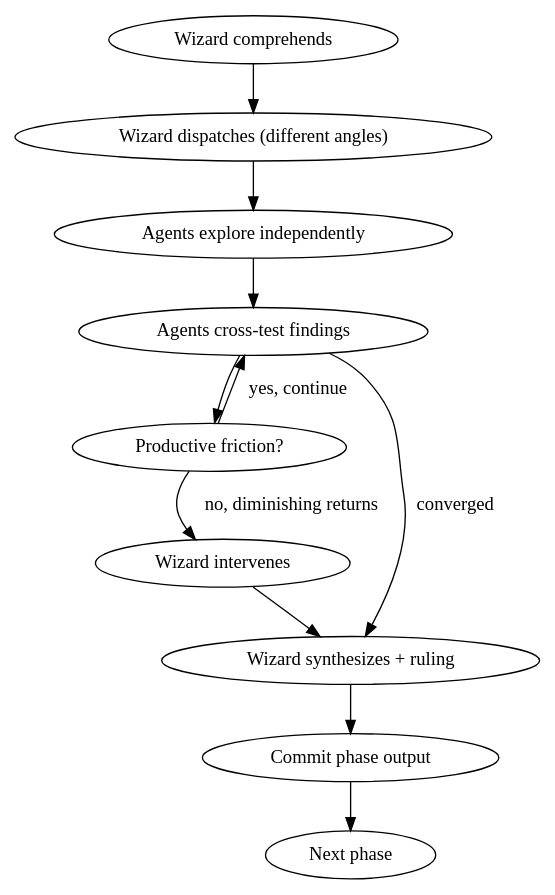
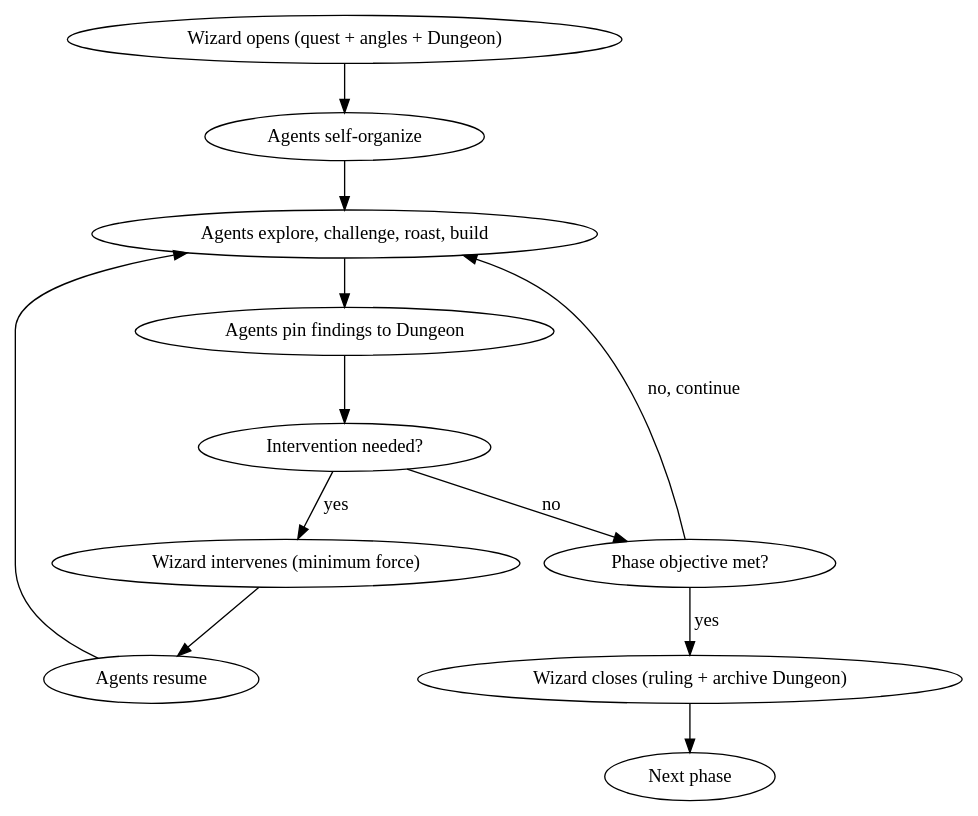
Before and after one commit to pedropicardi/claude-raid: the second of 2 diagrams in template/.claude/skills/raid-protocol/SKILL.md, drawn with Graphviz. The commit also changed other lines of this file, not shown here.

Commit message:
feat(skills): rewrite raid-protocol with Dungeon lifecycle and interaction protocols

````diff
--- a/template/.claude/skills/raid-protocol/SKILL.md
+++ b/template/.claude/skills/raid-protocol/SKILL.md
@@ -95,14 +155,15 @@
 ```dot
 digraph phase_pattern {
-  "Wizard comprehends" -> "Wizard dispatches (different angles)";
-  "Wizard dispatches (different angles)" -> "Agents explore independently";
-  "Agents explore independently" -> "Agents cross-test findings";
-  "Agents cross-test findings" -> "Productive friction?" [shape=diamond];
-  "Productive friction?" -> "Agents cross-test findings" [label="yes, continue"];
-  "Productive friction?" -> "Wizard intervenes" [label="no, diminishing returns"];
-  "Wizard intervenes" -> "Wizard synthesizes + ruling";
-  "Agents cross-test findings" -> "Wizard synthesizes + ruling" [label="converged"];
-  "Wizard synthesizes + ruling" -> "Commit phase output";
-  "Commit phase output" -> "Next phase";
+  "Wizard opens (quest + angles + Dungeon)" -> "Agents self-organize";
+  "Agents self-organize" -> "Agents explore, challenge, roast, build";
+  "Agents explore, challenge, roast, build" -> "Agents pin findings to Dungeon";
+  "Agents pin findings to Dungeon" -> "Intervention needed?" [shape=diamond];
+  "Intervention needed?" -> "Wizard intervenes (minimum force)" [label="yes"];
+  "Wizard intervenes (minimum force)" -> "Agents resume";
+  "Agents resume" -> "Agents explore, challenge, roast, build";
+  "Intervention needed?" -> "Phase objective met?" [label="no"];
+  "Phase objective met?" -> "Agents explore, challenge, roast, build" [label="no, continue"];
+  "Phase objective met?" -> "Wizard closes (ruling + archive Dungeon)" [label="yes"];
+  "Wizard closes (ruling + archive Dungeon)" -> "Next phase" [shape=doublecircle];
 }
 ```
````
